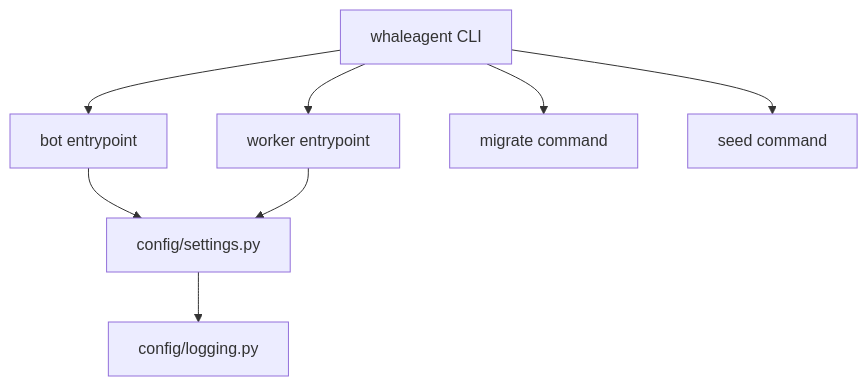
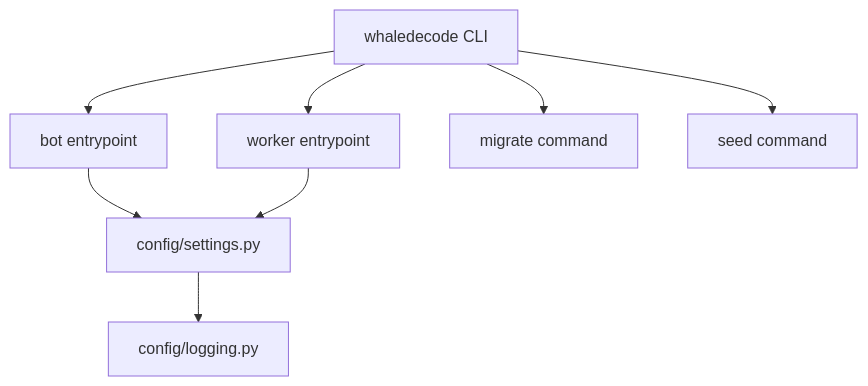
The diagram in BUILDPLAN.md (Amirbakhshaei/WhaleDecode), drawn with Mermaid before and after one commit. The commit also changed other lines of this file and 105 other files, not shown here.

Commit message:
feat(phase-1): domain models, ORM, seed data, migration, rename whaleagent->whaledecode

````diff
--- a/BUILDPLAN.md
+++ b/BUILDPLAN.md
@@ -89,10 +89,10 @@
 ```mermaid
 graph TD
-    A[whaleagent CLI] --> B[bot entrypoint]
+    A[whaledecode CLI] --> B[bot entrypoint]
     A --> C[worker entrypoint]
     A --> D[migrate command]
     A --> E[seed command]
     B --> F[config/settings.py]
     C --> F
     F --> G[config/logging.py]
 ```
````
